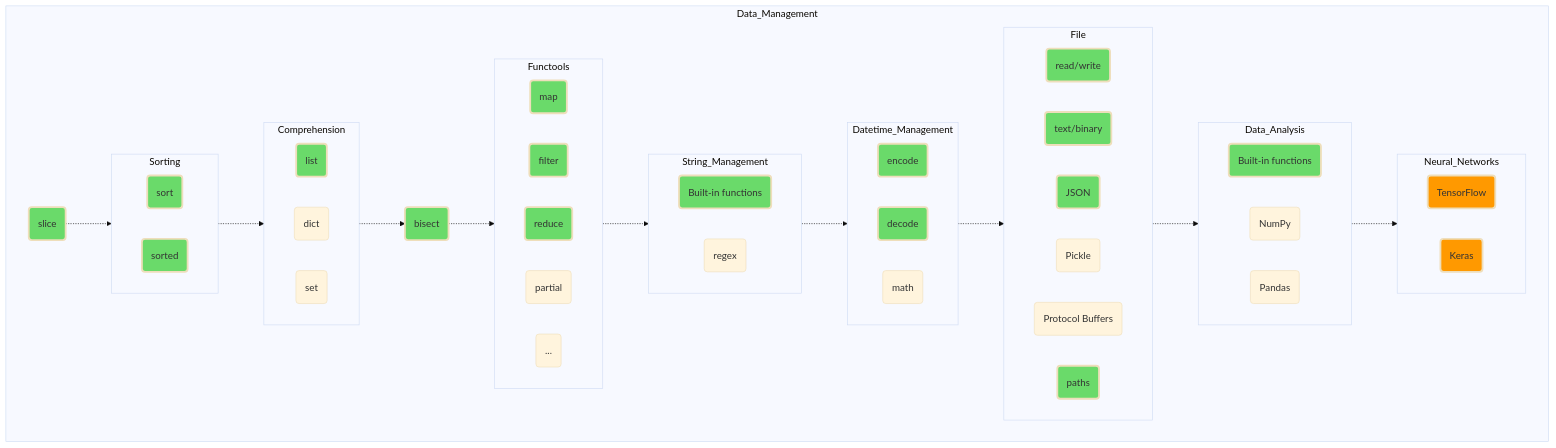
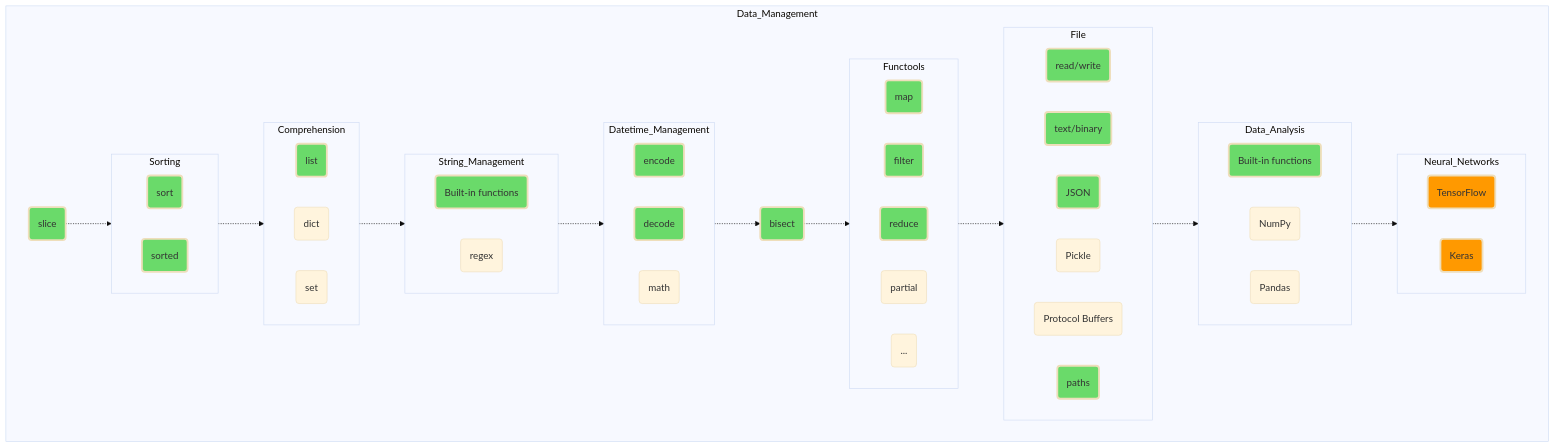
The diagram in 02_Data_Management.md (amaargiru/pyroad), drawn with Mermaid (base theme) before and after one commit. The commit also changed 3 other files, not shown here.

Commit message:
Update 'Data Management' section

````diff
--- a/02_Data_Management.md
+++ b/02_Data_Management.md
@@ -11,7 +11,7 @@
 
 subgraph Data_Management
 direction LR
-slice(slice) -.-> Sorting -.-> Comprehension -.-> bisect(bisect) -.-> Functools -.-> String_Management -.-> Datetime_Management -.->File -.-> Data_Analysis -.-> Neural_Networks
+slice(slice) -.-> Sorting -.-> Comprehension -.-> String_Management -.-> Datetime_Management -.-> bisect(bisect) -.-> Functools -.->File -.-> Data_Analysis -.-> Neural_Networks
 subgraph Sorting
 direction LR
 sort(sort)
@@ -25,15 +25,6 @@
 setcomprehension(set)
 end
 
-subgraph Functools
-direction LR
-fmap(map)
-ffilter(filter)
-freduce(reduce)
-fpartial(partial)
-fmore(...)
-end
-
 subgraph String_Management
 direction LR
 String_Built-in_Functions("Built-in functions")
@@ -45,6 +36,15 @@
 encode(encode)
 decode(decode)
 dtmath(math)
+end
+
+subgraph Functools
+direction LR
+fmap(map)
+ffilter(filter)
+freduce(reduce)
+fpartial(partial)
+fmore(...)
 end
 
 subgraph File
@@ -137,6 +137,8 @@
 class exception_raising trainee;
 class create_task trainee;
 class gather trainee;
+class sleep trainee;
+class run trainee;
 class wait_for trainee;
 class asQueue trainee;
 class Lock trainee;
@@ -144,10 +146,9 @@
 class variables trainee;
 class Thread trainee;
 class Pool trainee;
-class Logging trainee;
 class Stopwatch trainee;
 class timeit trainee;
-class Random trainee;
+class random_mod trainee;
 class input trainee;
 class Command_Line_Arguments trainee;
 class simple_print trainee;
@@ -179,7 +180,13 @@
 class INSERT trainee;
 class UPDATE trainee;
 class DELETE trainee;
-class SQLite trainee;
+class PRIMARY_KEY trainee;
+class FOREIGN_KEY trainee;
+class FROM trainee;
+class WHERE trainee;
+class SET trainee;
+class SQLite_benefits trainee;
+class Syntax_Diagrams trainee;
 class Flask trainee;
 class Consistency trainee;
 class HTTPS trainee;
@@ -201,26 +208,48 @@
 class Abstraction trainee;
 class trunk_based_development trainee;
 class aiohttp trainee;
+class StreamHandler trainee;
+class Observer trainee;
+class Decorator_Method trainee;
+class Factory_Method trainee;
+class Adapter_Facade trainee;
+class CQRS trainee;
+class Decentralization trainee;
+class Smart_endpoints_dumb_pipes trainee;
+class Basics trainee;
+class GitHub trainee;
+class Install trainee;
+class Directory_Structure trainee;
+class Terminal trainee;
 
+class bash middle;
+class System_administration middle;
+class Network_administration middle;
 class NoSQL middle;
 class Functional middle;
 class RabbitMQ middle;
 class Scrum middle;
 class Apache_Kafka middle;
-class git middle;
-class Linux middle;
 class Docker middle;
 class methmore middle;
 class PostgreSQL_more middle;
 class SQLAlchemy middle;
+class Django_ORM middle;
 class Django middle;
 class FastAPI middle;
-class ORM boldmiddleed;
+class SQL_standard middle;
+class Analyze_an_execution_plan middle;
 class TensorFlow middle;
 class Keras middle;
 class cryptomore middle;
 class Jenkins middle;
 class Kubernetes middle;
+class Creational_patterns middle;
+class Structural_patterns middle;
+class Behavioral_patterns middle;
 class Architectural_Patterns middle;
-
+class ELK_Stack middle;
+class Pattern_of_Distributed_Systems middle;
+class Cloud_Design_Patterns middle;
+class New_Relic middle;
 ```
````
